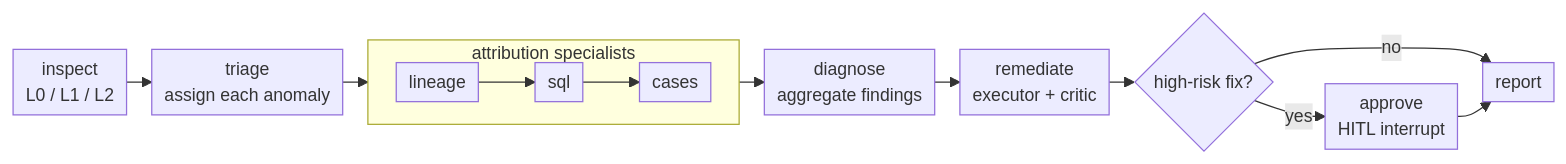
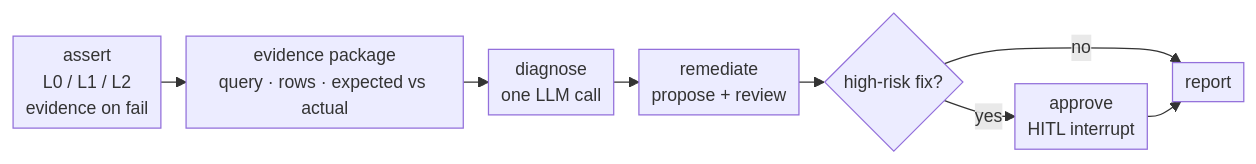
The diagram in website/docs/concepts/core-flow.md (wanghesong2019/dataquality-agent), drawn with Mermaid before and after one commit. The commit also changed other lines of this file and 25 other files, not shown here.

````diff
--- a/website/docs/concepts/core-flow.md
+++ b/website/docs/concepts/core-flow.md
@@ -11,16 +11,11 @@
 ```mermaid
 %%{init: {"themeVariables": {"fontSize": "14px"}, "flowchart": {"nodeSpacing": 16, "rankSpacing": 20, "padding": 5}}}%%
 flowchart LR
-    IN["inspect<br/>L0 / L1 / L2"] --> TR["triage<br/>assign each anomaly"]
-    subgraph SP["attribution specialists"]
-        direction LR
-        LI["lineage"] --> SQ["sql"] --> CA["cases"]
-    end
-    TR --> SP
-    SP --> DI["diagnose<br/>aggregate findings"]
-    DI --> RE["remediate<br/>executor + critic"]
+    IN["assert<br/>L0 / L1 / L2<br/>evidence on fail"] --> EV["evidence package<br/>query · rows · expected vs actual"]
+    EV --> DI["diagnose<br/>one LLM call"]
+    DI --> RE["remediate<br/>propose + review"]
     RE --> Q{"high-risk fix?"}
     Q -->|"yes"| AP["approve<br/>HITL interrupt"]
     Q -->|"no"| RP["report"]
     AP --> RP
 ```
````
